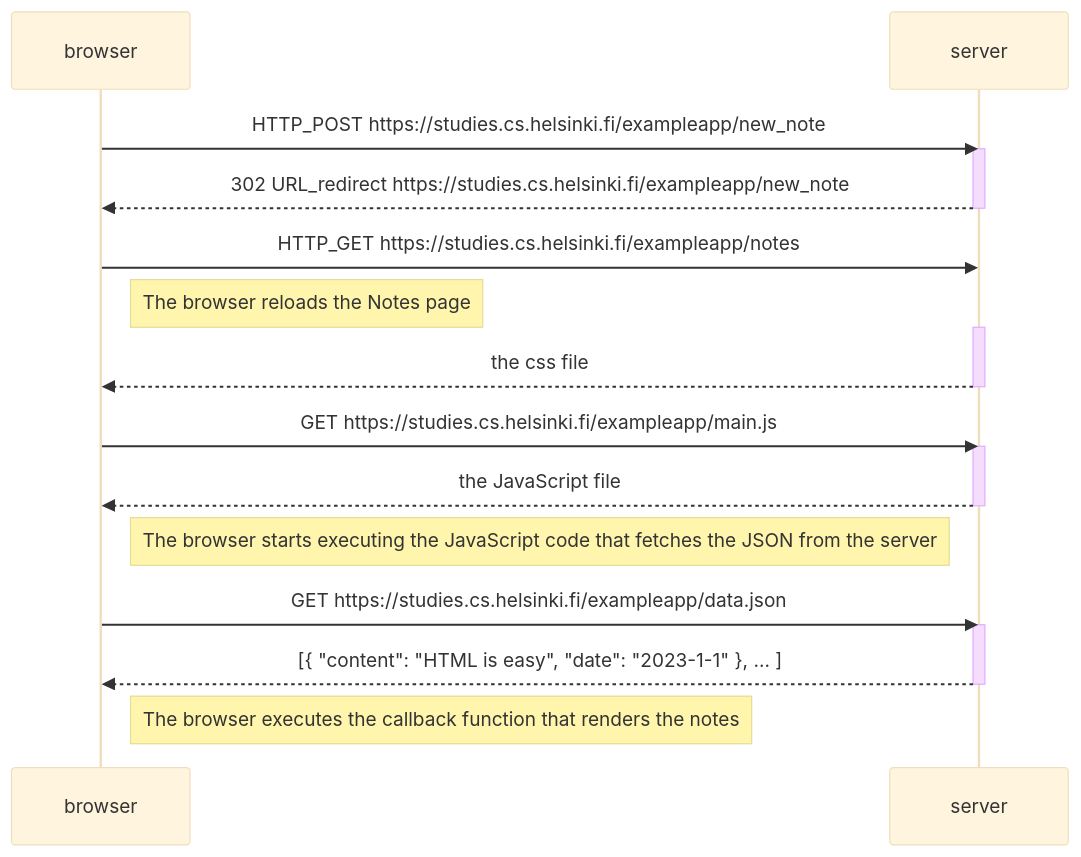
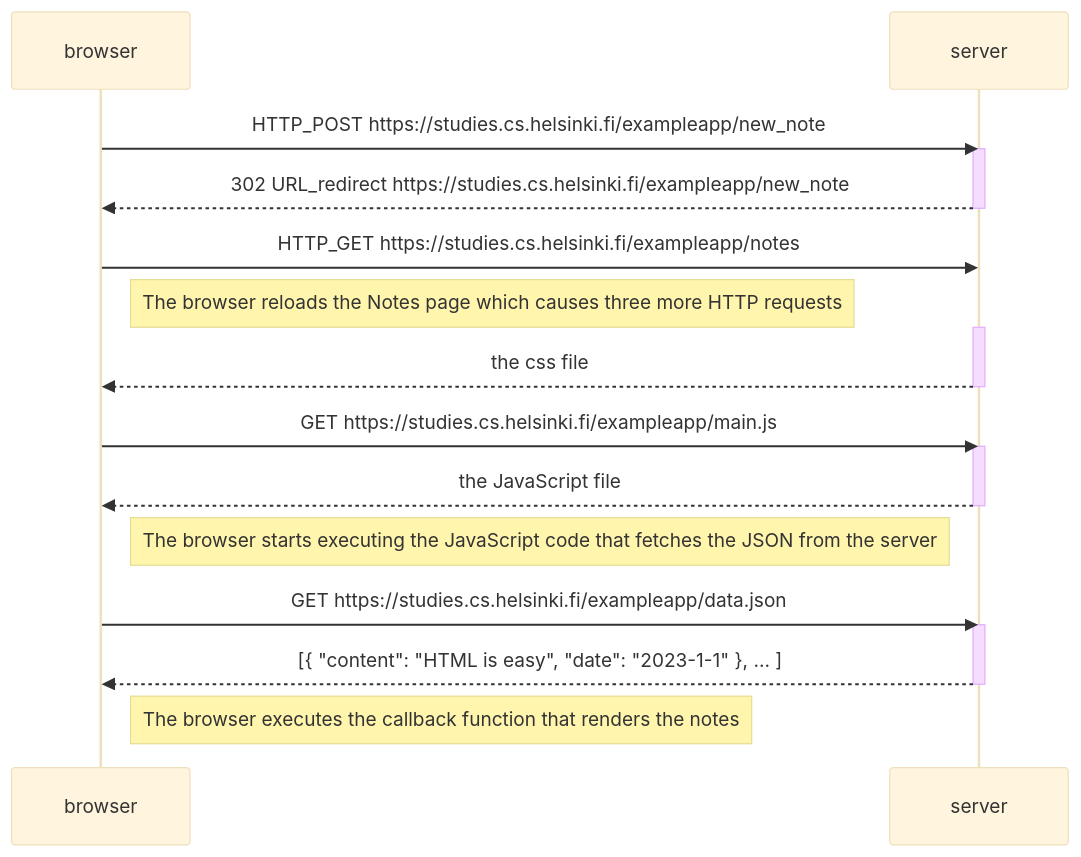
Before and after one commit to TomppeliG6-8/fullstack: the diagram in Part0/0.4 - New note diagram/readme.md, drawn with Mermaid (base theme).

````diff
--- a/Part0/0.4 - New note diagram/readme.md
+++ b/Part0/0.4 - New note diagram/readme.md
@@ -1,30 +1,30 @@
 ```mermaid
 sequenceDiagram
     participant browser
     participant server
 
     browser->>server: HTTP_POST https://studies.cs.helsinki.fi/exampleapp/new_note
     activate server
     server-->>browser: 302 URL_redirect https://studies.cs.helsinki.fi/exampleapp/new_note
     deactivate server
 
     browser->>server: HTTP_GET https://studies.cs.helsinki.fi/exampleapp/notes
-    Note right of browser: The browser reloads the Notes page
+    Note right of browser: The browser reloads the Notes page which causes three more HTTP requests
     activate server
     server-->>browser: the css file
     deactivate server
 
     browser->>server: GET https://studies.cs.helsinki.fi/exampleapp/main.js
     activate server
     server-->>browser: the JavaScript file
     deactivate server
 
     Note right of browser: The browser starts executing the JavaScript code that fetches the JSON from the server
 
     browser->>server: GET https://studies.cs.helsinki.fi/exampleapp/data.json
     activate server
     server-->>browser: [{ "content": "HTML is easy", "date": "2023-1-1" }, ... ]
     deactivate server
 
     Note right of browser: The browser executes the callback function that renders the notes
 ```
````
